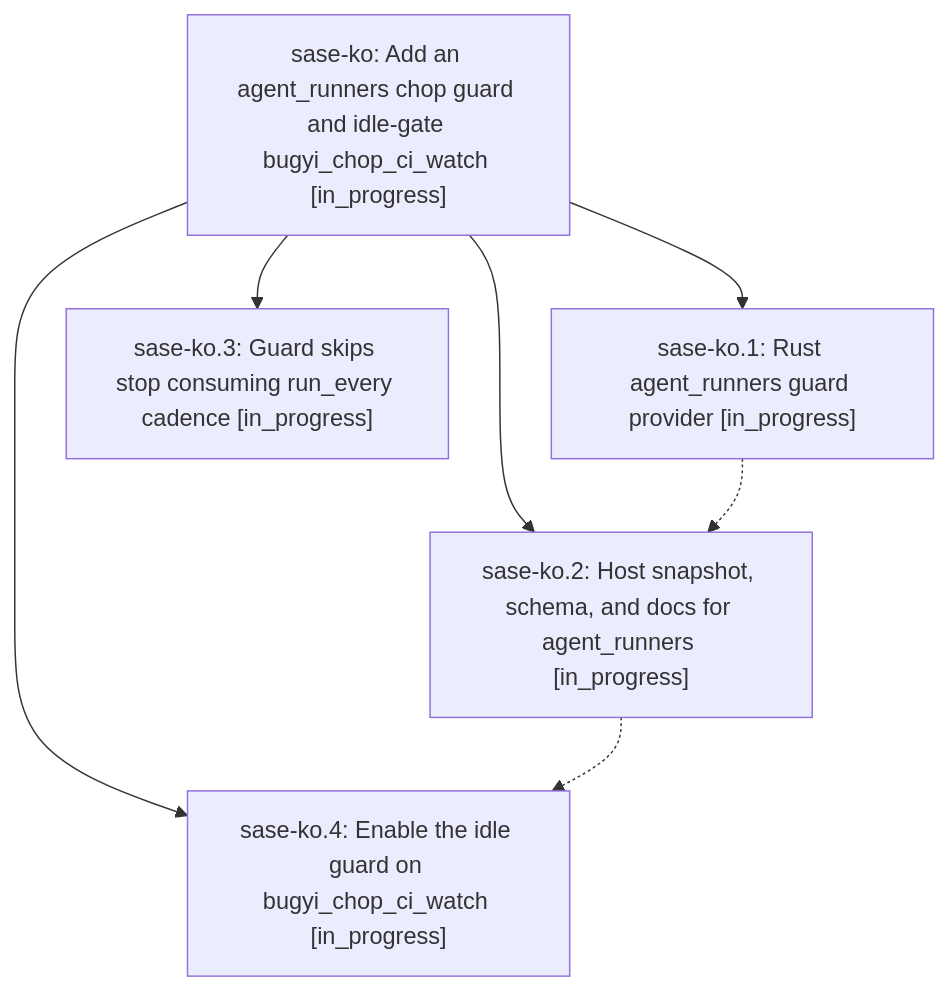
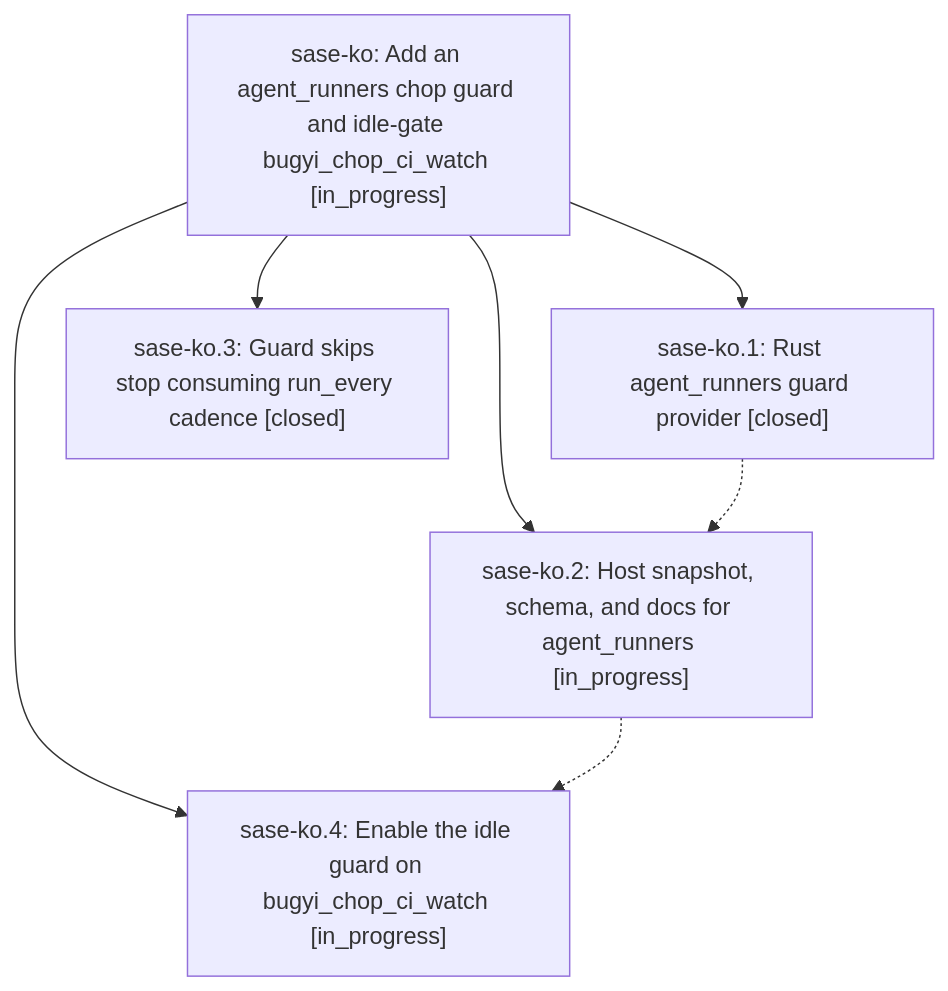
The diagram in pages/sase-ko/README.md (sase-org/sase--beads), drawn with Mermaid before and after one commit. The commit also changed other lines of this file and 3 other files, not shown here.

````diff
--- a/pages/sase-ko/README.md
+++ b/pages/sase-ko/README.md
@@ -25,14 +25,14 @@
 ```mermaid
 flowchart TD
     n0["sase-ko: Add an agent_runners chop guard and idle-gate bugyi_chop_ci_watch [in_progress]"]
-    n1["sase-ko.1: Rust agent_runners guard provider [in_progress]"]
+    n1["sase-ko.1: Rust agent_runners guard provider [closed]"]
     n2["sase-ko.2: Host snapshot, schema, and docs for agent_runners [in_progress]"]
-    n3["sase-ko.3: Guard skips stop consuming run_every cadence [in_progress]"]
+    n3["sase-ko.3: Guard skips stop consuming run_every cadence [closed]"]
     n4["sase-ko.4: Enable the idle guard on bugyi_chop_ci_watch [in_progress]"]
     n0 --> n1
     n0 --> n2
     n0 --> n3
     n0 --> n4
     n1 -.-> n2
     n2 -.-> n4
 ```
````
